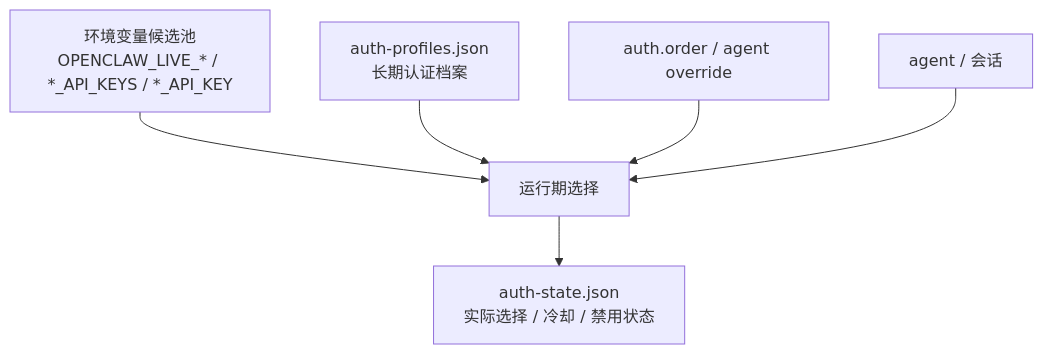
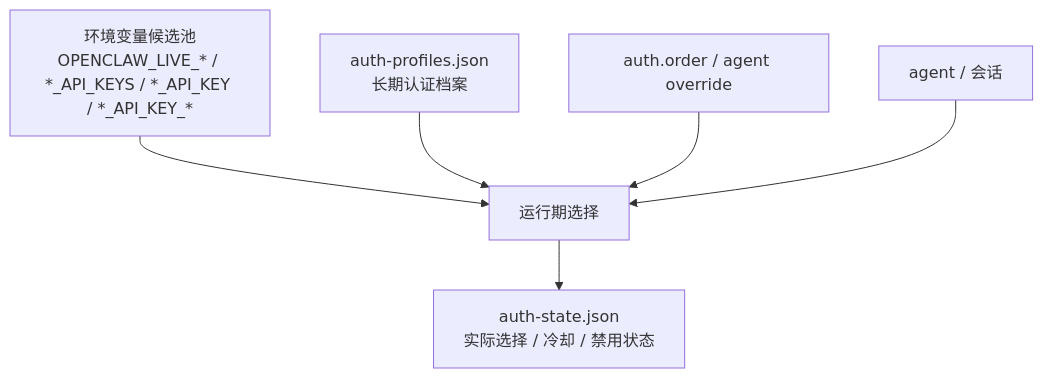
One commit to yeasy/openclaw_guide changed the first of 2 diagrams in 11_reliability_security/11.1_auth_profiles.md. Above: the diagram before and after it, drawn with Mermaid. The commit also changed other lines of this file and 89 other files, not shown here.

````diff
--- a/11_reliability_security/11.1_auth_profiles.md
+++ b/11_reliability_security/11.1_auth_profiles.md
@@ -19,8 +19,8 @@
 ```mermaid
 flowchart TD
-  E["环境变量候选池<br/>OPENCLAW_LIVE_* / *_API_KEYS / *_API_KEY"] --> S["运行期选择"]
+  E["环境变量候选池<br/>OPENCLAW_LIVE_* / *_API_KEYS / *_API_KEY / *_API_KEY_*"] --> S["运行期选择"]
   P["auth-profiles.json<br/>长期认证档案"] --> S
   O["auth.order / agent override"] --> S
   A["agent / 会话"] --> S["运行期选择"]
   S --> AP["auth-state.json<br/>实际选择 / 冷却 / 禁用状态"]
 ```
````
